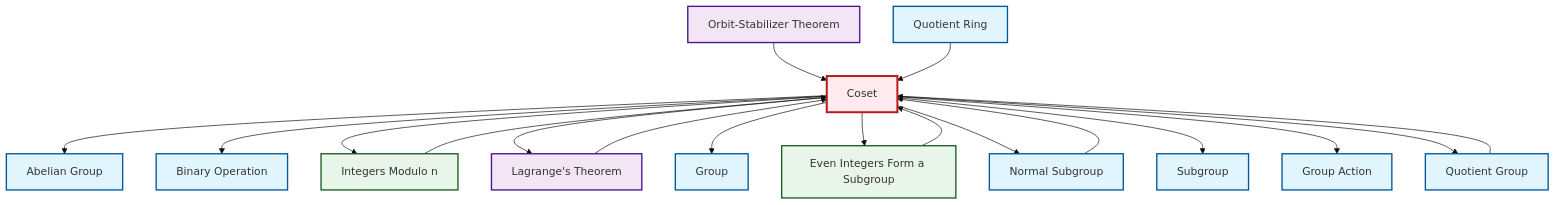
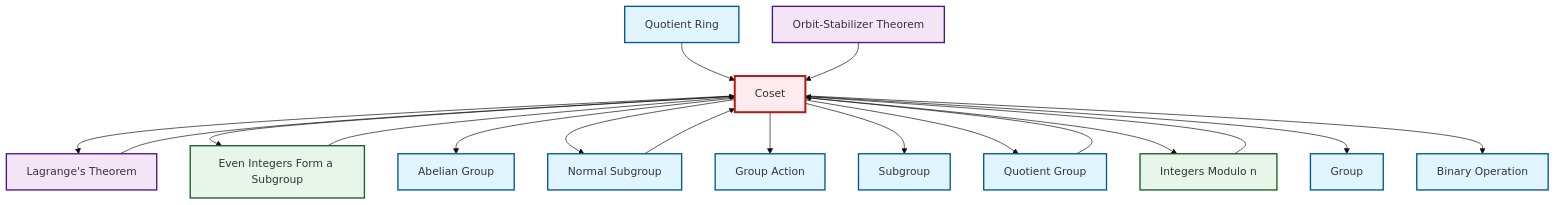
One commit to RK0429/ModernMath changed the diagram in output/mermaid/en/def-coset.mermaid. Above: the diagram before and after it, drawn with Mermaid (base theme). The commit also changed other lines of this file and 3114 other files, not shown here.

```diff
--- a/output/mermaid/en/def-coset.mermaid
+++ b/output/mermaid/en/def-coset.mermaid
@@ -1,37 +1,37 @@
 graph TD
     classDef definition fill:#e1f5fe,stroke:#01579b,stroke-width:2px
     classDef theorem fill:#f3e5f5,stroke:#4a148c,stroke-width:2px
     classDef axiom fill:#fff3e0,stroke:#e65100,stroke-width:2px
     classDef example fill:#e8f5e9,stroke:#1b5e20,stroke-width:2px
     classDef current fill:#ffebee,stroke:#b71c1c,stroke-width:3px
     def-subgroup["Subgroup"]:::definition
+    def-group["Group"]:::definition
     def-coset["Coset"]:::definition
-    def-normal-subgroup["Normal Subgroup"]:::definition
-    thm-lagrange["Lagrange's Theorem"]:::theorem
-    def-group["Group"]:::definition
+    ex-quotient-integers-mod-n["Integers Modulo n"]:::example
+    def-binary-operation["Binary Operation"]:::definition
     def-quotient-group["Quotient Group"]:::definition
     def-group-action["Group Action"]:::definition
-    ex-quotient-integers-mod-n["Integers Modulo n"]:::example
+    def-normal-subgroup["Normal Subgroup"]:::definition
     ex-even-integers-subgroup["Even Integers Form a Subgroup"]:::example
     def-abelian-group["Abelian Group"]:::definition
     def-quotient-ring["Quotient Ring"]:::definition
-    def-binary-operation["Binary Operation"]:::definition
+    thm-lagrange["Lagrange's Theorem"]:::theorem
     thm-orbit-stabilizer["Orbit-Stabilizer Theorem"]:::theorem
-    def-coset --> def-abelian-group
-    def-coset --> def-binary-operation
-    def-coset --> ex-quotient-integers-mod-n
     def-coset --> thm-lagrange
-    thm-orbit-stabilizer --> def-coset
-    def-quotient-ring --> def-coset
-    thm-lagrange --> def-coset
-    def-coset --> def-group
     def-coset --> ex-even-integers-subgroup
     ex-quotient-integers-mod-n --> def-coset
+    def-quotient-ring --> def-coset
+    def-coset --> def-abelian-group
+    def-coset --> def-normal-subgroup
+    def-coset --> def-group-action
     def-quotient-group --> def-coset
+    def-normal-subgroup --> def-coset
+    thm-orbit-stabilizer --> def-coset
+    def-coset --> def-subgroup
+    thm-lagrange --> def-coset
     ex-even-integers-subgroup --> def-coset
-    def-coset --> def-normal-subgroup
-    def-normal-subgroup --> def-coset
-    def-coset --> def-subgroup
-    def-coset --> def-group-action
     def-coset --> def-quotient-group
+    def-coset --> ex-quotient-integers-mod-n
+    def-coset --> def-group
+    def-coset --> def-binary-operation
     class def-coset current
```
